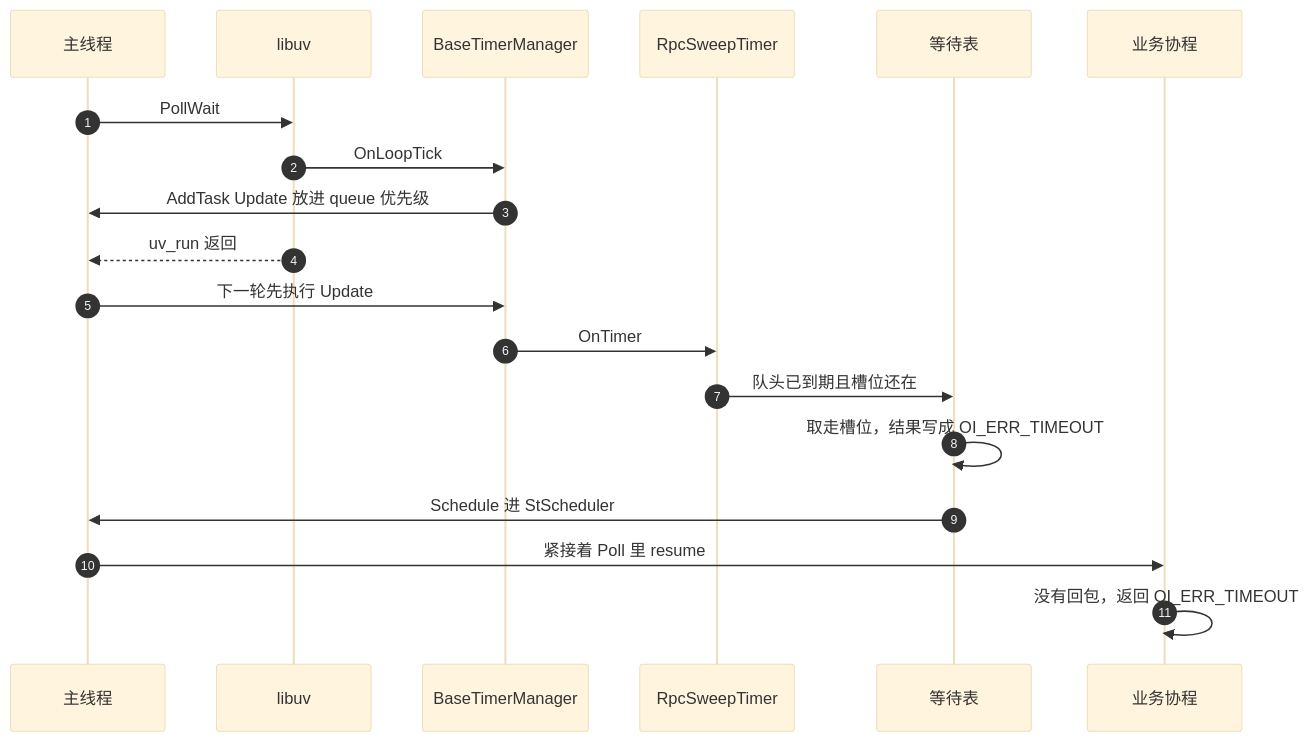
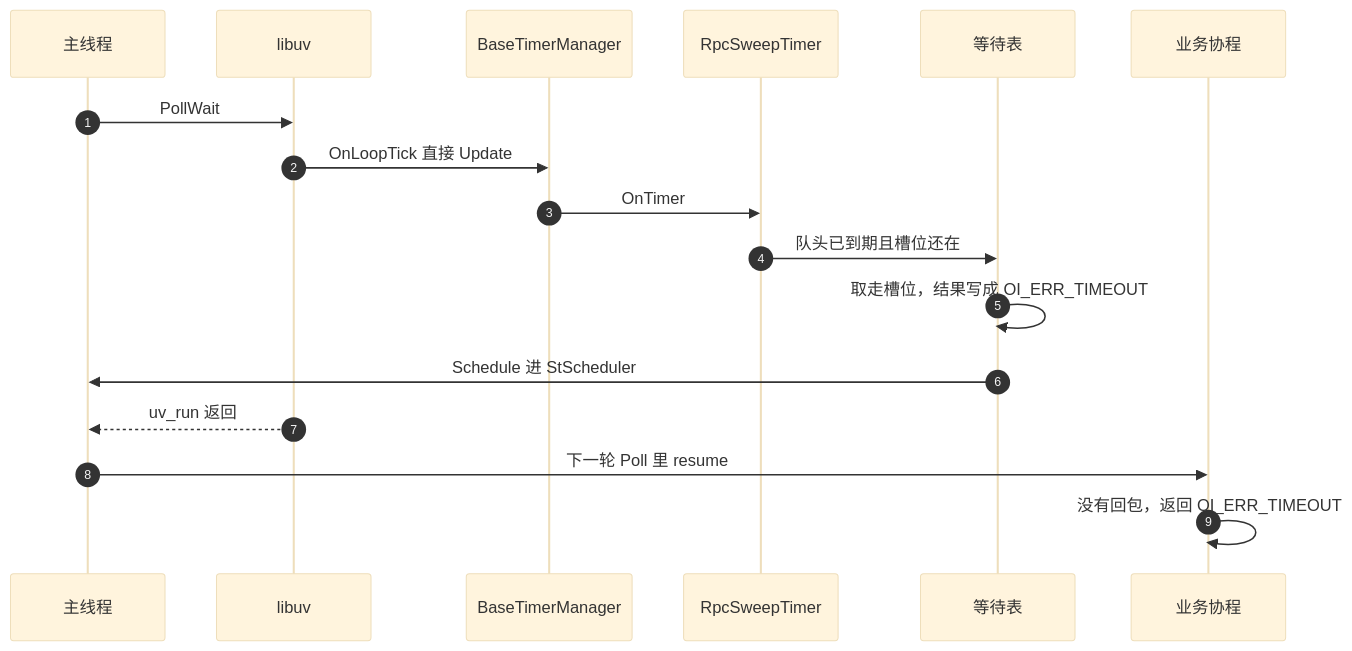
One commit to orikiaru/openidea changed the diagram in docs/sequence-diagram/single-thread/timeout.md. Above: the diagram before and after it, drawn with Mermaid (base theme). The commit also changed other lines of this file and 11 other files, not shown here.

````diff
--- a/docs/sequence-diagram/single-thread/timeout.md
+++ b/docs/sequence-diagram/single-thread/timeout.md
@@ -7,22 +7,20 @@
 ```mermaid
 sequenceDiagram
     autonumber
     participant Main as 主线程
     participant Uv as libuv
     participant Timer as BaseTimerManager
     participant Sweep as RpcSweepTimer
     participant Wait as 等待表
     participant Biz as 业务协程
 
     Main->>Uv: PollWait
-    Uv->>Timer: OnLoopTick
-    Timer->>Main: AddTask Update 放进 queue 优先级
-    Uv-->>Main: uv_run 返回
-    Main->>Timer: 下一轮先执行 Update
+    Uv->>Timer: OnLoopTick 直接 Update
     Timer->>Sweep: OnTimer
     Sweep->>Wait: 队头已到期且槽位还在
     Wait->>Wait: 取走槽位，结果写成 OI_ERR_TIMEOUT
     Wait->>Main: Schedule 进 StScheduler
-    Main->>Biz: 紧接着 Poll 里 resume
+    Uv-->>Main: uv_run 返回
+    Main->>Biz: 下一轮 Poll 里 resume
     Biz->>Biz: 没有回包，返回 OI_ERR_TIMEOUT
 ```
````
